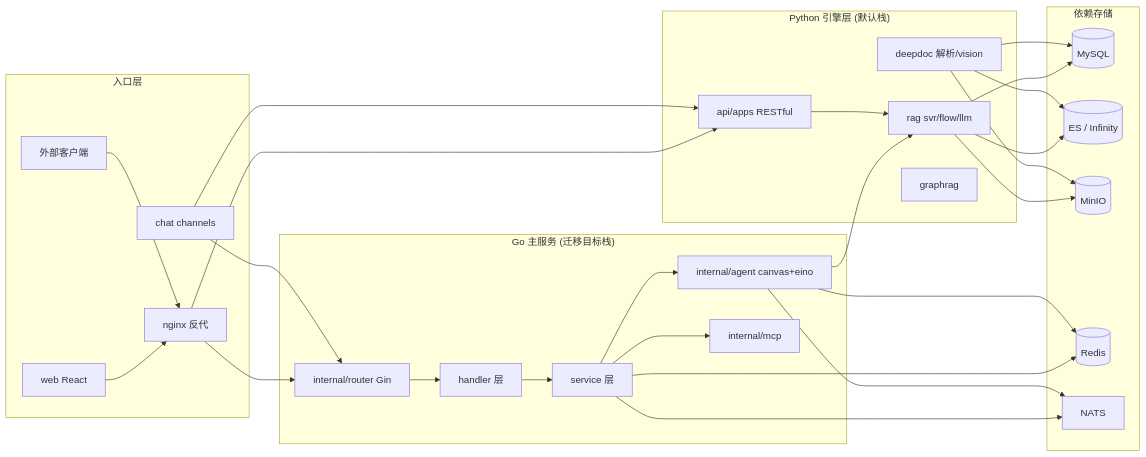
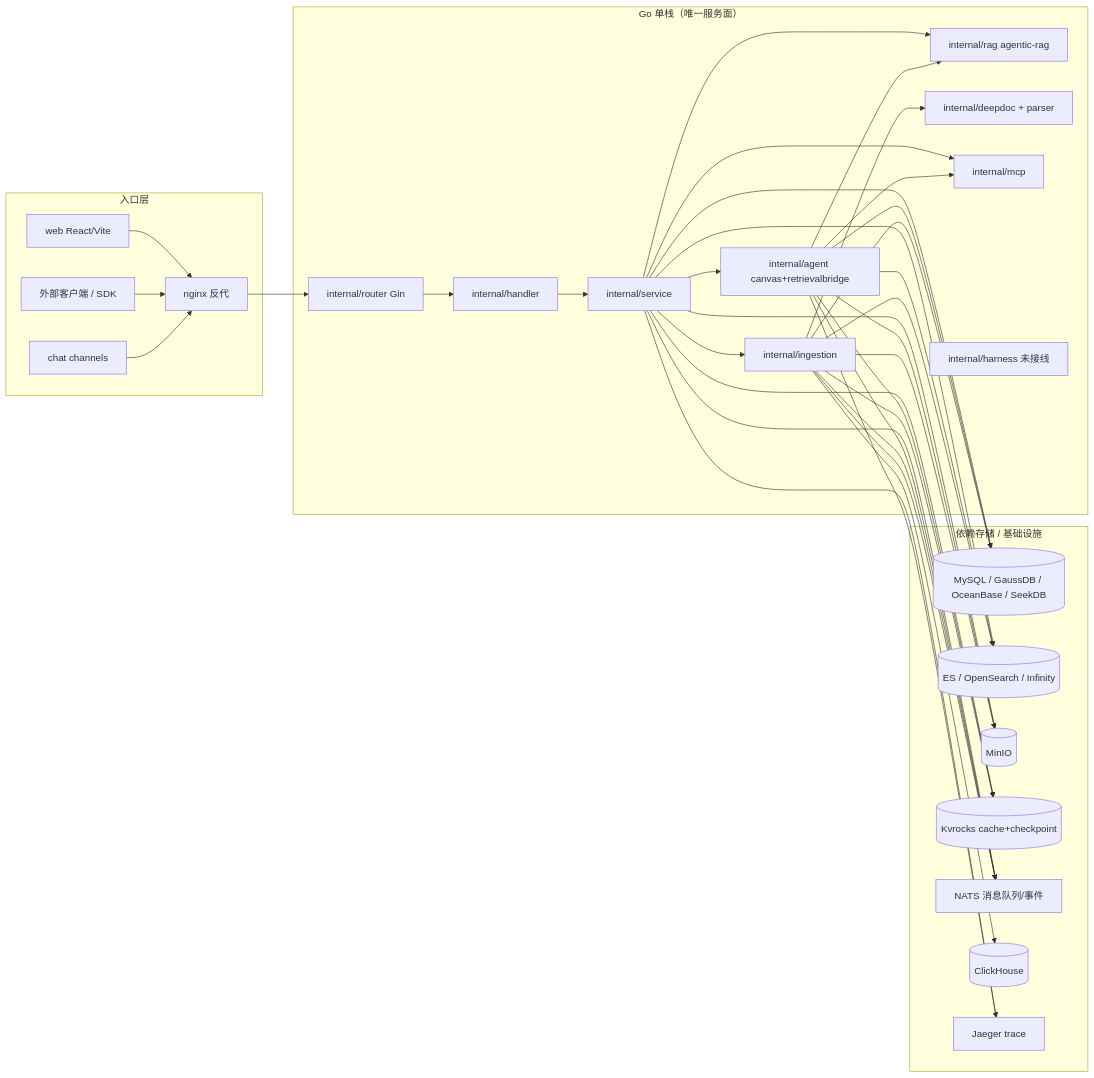
The first of 3 diagrams in ai-agent/ragflow/architecture.md (morehao/oss-insights), drawn with Mermaid before and after one commit. The commit also changed other lines of this file and 25 other files, not shown here.

First line of the commit message:
docs(ragflow): refresh insight docs for v1.0.0-rc1 Go rewrite and restructure architecture design (#50)

````diff
--- a/ai-agent/ragflow/architecture.md
+++ b/ai-agent/ragflow/architecture.md
@@ -70,43 +82,44 @@
 ```mermaid
 flowchart LR
     subgraph Edge["入口层"]
-        W[web React]
+        W[web React/Vite]
         NGINX[nginx 反代]
         CH[chat channels]
-        EXT[外部客户端]
+        EXT[外部客户端 / SDK]
     end
 
-    subgraph Go["Go 主服务 (迁移目标栈)"]
+    subgraph Go["Go 单栈（唯一服务面）"]
         ROUTER[internal/router Gin]
-        HANDLER[handler 层]
-        SERVICE[service 层]
-        AGENT[internal/agent canvas+eino]
+        HANDLER[internal/handler]
+        SERVICE[internal/service]
+        AGENT[internal/agent canvas+retrievalbridge]
+        RAGGO[internal/rag agentic-rag]
+        INGEST[internal/ingestion]
+        DEEPDOC[internal/deepdoc + parser]
         MCP[internal/mcp]
+        ORPHAN[internal/harness 未接线]
     end
 
-    subgraph Py["Python 引擎层 (默认栈)"]
-        APREST[api/apps RESTful]
-        RAGCORE[rag svr/flow/llm]
-        DEEPDOC[deepdoc 解析/vision]
-        GR[graphrag]
+    subgraph Store["依赖存储 / 基础设施"]
+        MYSQL[(MySQL / GaussDB / OceanBase / SeekDB)]
+        ES[(ES / OpenSearch / Infinity)]
+        MINIO[(MinIO)]
+        KV[(Kvrocks cache+checkpoint)]
+        NQ[NATS 消息队列/事件]
+        CH2[(ClickHouse)]
+        JAEGER[Jaeger trace]
     end
 
-    subgraph Store["依赖存储"]
-        MYSQL[(MySQL)]
-        ES[(ES / Infinity)]
-        MINIO[(MinIO)]
-        REDIS[(Redis)]
-        NQ[NATS]
-    end
-
-    W & EXT --> NGINX
+    W & EXT & CH --> NGINX
     NGINX --> ROUTER
-    NGINX --> APREST
-    CH --> ROUTER & APREST
     ROUTER --> HANDLER --> SERVICE
-    SERVICE --> AGENT & MCP
-    AGENT --> RAGCORE
-    APREST --> RAGCORE
-    RAGCORE & DEEPDOC --> MYSQL & ES & MINIO
-    SERVICE & AGENT --> REDIS & NQ
+    SERVICE --> AGENT & RAGGO & INGEST
+    AGENT --> RAGGO
+    INGEST --> DEEPDOC
+    SERVICE & AGENT --> MCP
+    SERVICE & AGENT & INGEST --> MYSQL & ES & MINIO
+    SERVICE & AGENT & INGEST --> KV & NQ
+    INGEST --> NQ
+    INGEST --> CH2
+    SERVICE & AGENT --> JAEGER
 ```
````
